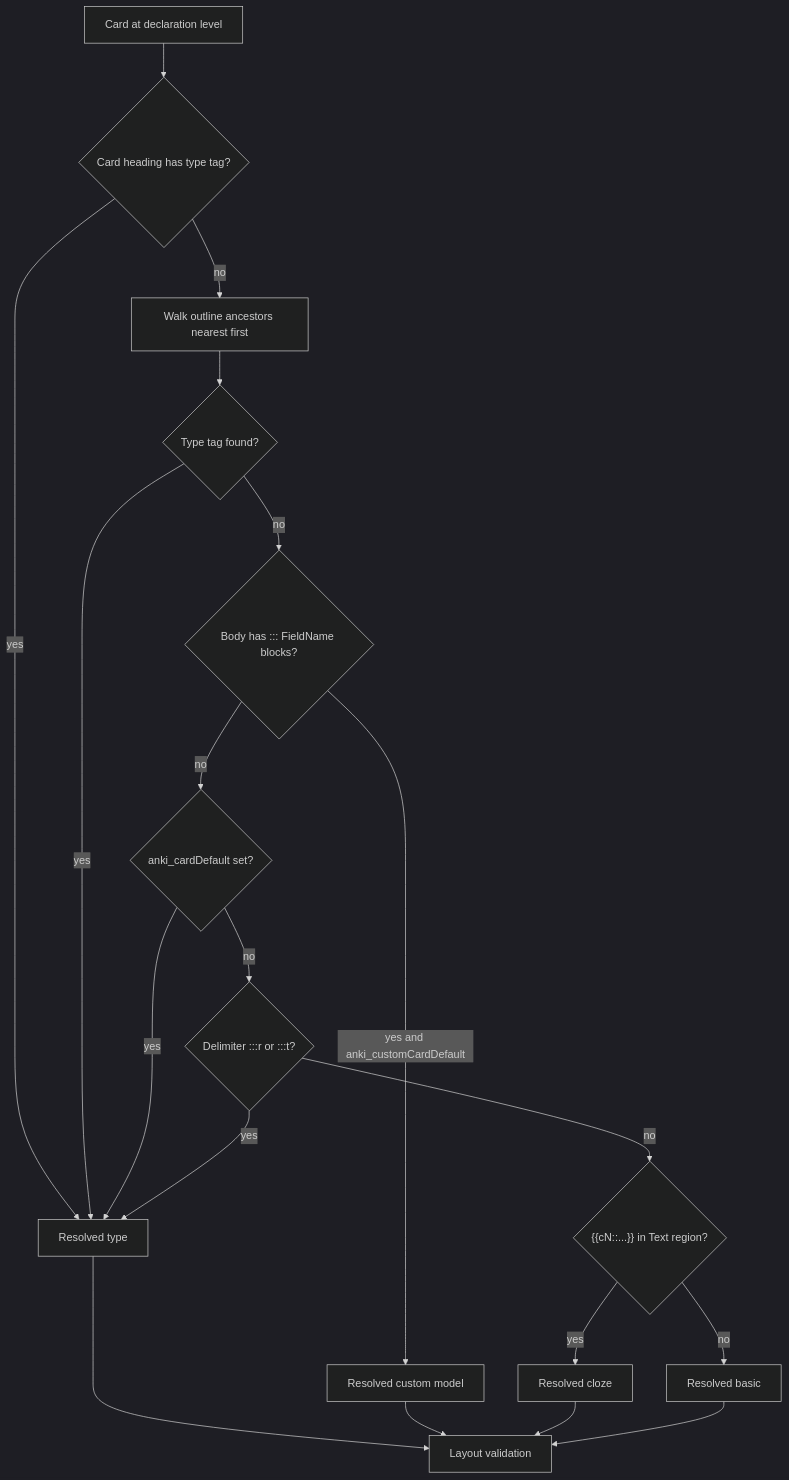
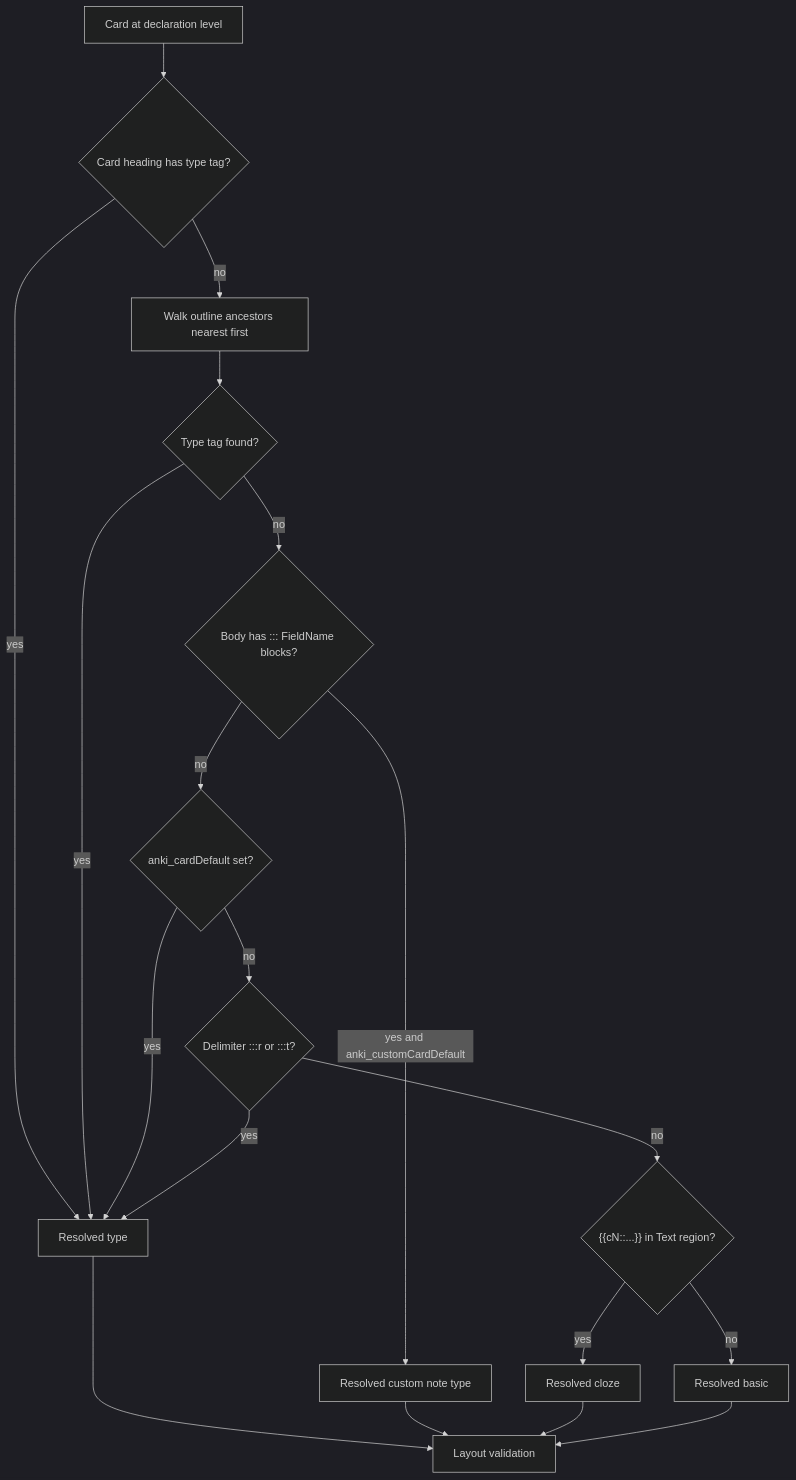
One commit to zunaidFarouque/Obsidian-Anki-AST-Engine changed the diagram in Docs/DECIDING/Card-Syntax-Spec.md. Above: the diagram before and after it, drawn with Mermaid (dark theme). The commit also changed other lines of this file and 25 other files, not shown here.

First line of the commit message:
Refactor card syntax handling to replace 'model' terminology with 'noteType'

````diff
--- a/Docs/DECIDING/Card-Syntax-Spec.md
+++ b/Docs/DECIDING/Card-Syntax-Spec.md
@@ -312,21 +315,21 @@
 ```mermaid
 flowchart TD
   start[Card at declaration level] --> step1{Card heading has type tag?}
   step1 -->|yes| resolved[Resolved type]
   step1 -->|no| step2[Walk outline ancestors nearest first]
   step2 --> found{Type tag found?}
   found -->|yes| resolved
   found -->|no| step3{Body has ::: FieldName blocks?}
-  step3 -->|yes and anki_customCardDefault| resolvedCustom[Resolved custom model]
+  step3 -->|yes and anki_customCardDefault| resolvedCustom[Resolved custom note type]
   step3 -->|no| step4{anki_cardDefault set?}
   step4 -->|yes| resolved
   step4 -->|no| step5{Delimiter :::r or :::t?}
   step5 -->|yes| resolved
   step5 -->|no| step6{"{{cN::...}} in Text region?"}
   step6 -->|yes| resolvedCloze[Resolved cloze]
   step6 -->|no| basicDefault[Resolved basic]
   resolved --> validate[Layout validation]
   resolvedCustom --> validate
   resolvedCloze --> validate
   basicDefault --> validate
 ```
````
